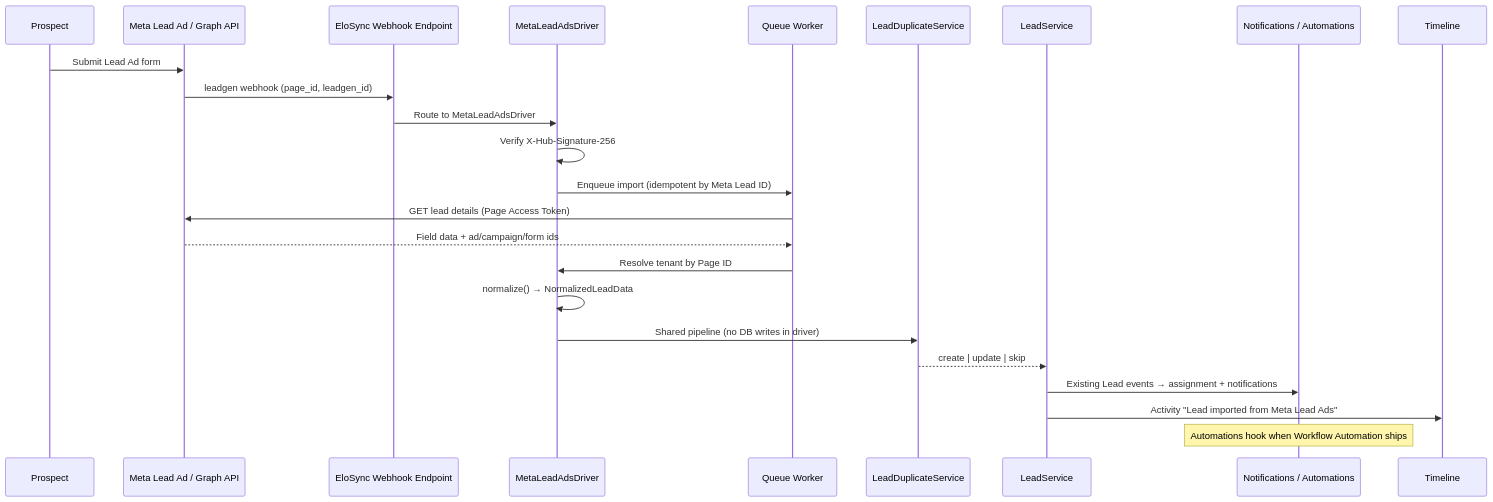
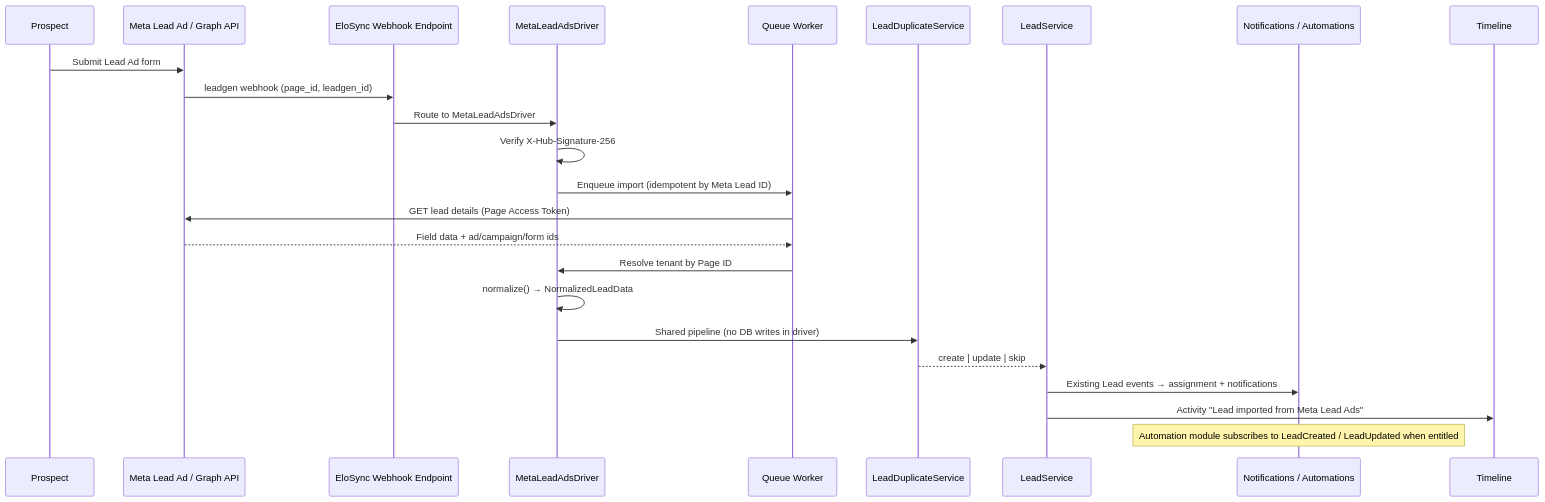
The diagram in docs/developer-guide/meta-lead-ads-integration.md (DiligentCreators/EloSync-Docs), drawn with Mermaid before and after one commit. The commit also changed other lines of this file and 14 other files, not shown here.

````diff
--- a/docs/developer-guide/meta-lead-ads-integration.md
+++ b/docs/developer-guide/meta-lead-ads-integration.md
@@ -83,27 +83,27 @@
 ```mermaid
 sequenceDiagram
   participant User as Prospect
   participant Meta as Meta Lead Ad / Graph API
   participant WH as EloSync Webhook Endpoint
   participant Drv as MetaLeadAdsDriver
   participant Q as Queue Worker
   participant Dup as LeadDuplicateService
   participant LS as LeadService
   participant N as Notifications / Automations
   participant TL as Timeline
 
   User->>Meta: Submit Lead Ad form
   Meta->>WH: leadgen webhook (page_id, leadgen_id)
   WH->>Drv: Route to MetaLeadAdsDriver
   Drv->>Drv: Verify X-Hub-Signature-256
   Drv->>Q: Enqueue import (idempotent by Meta Lead ID)
   Q->>Meta: GET lead details (Page Access Token)
   Meta-->>Q: Field data + ad/campaign/form ids
   Q->>Drv: Resolve tenant by Page ID
   Drv->>Drv: normalize() → NormalizedLeadData
   Drv->>Dup: Shared pipeline (no DB writes in driver)
   Dup-->>LS: create | update | skip
   LS->>N: Existing Lead events → assignment + notifications
   LS->>TL: Activity "Lead imported from Meta Lead Ads"
-  Note over N: Automations hook when Workflow Automation ships
+  Note over N: Automation module subscribes to LeadCreated / LeadUpdated when entitled
 ```
````
